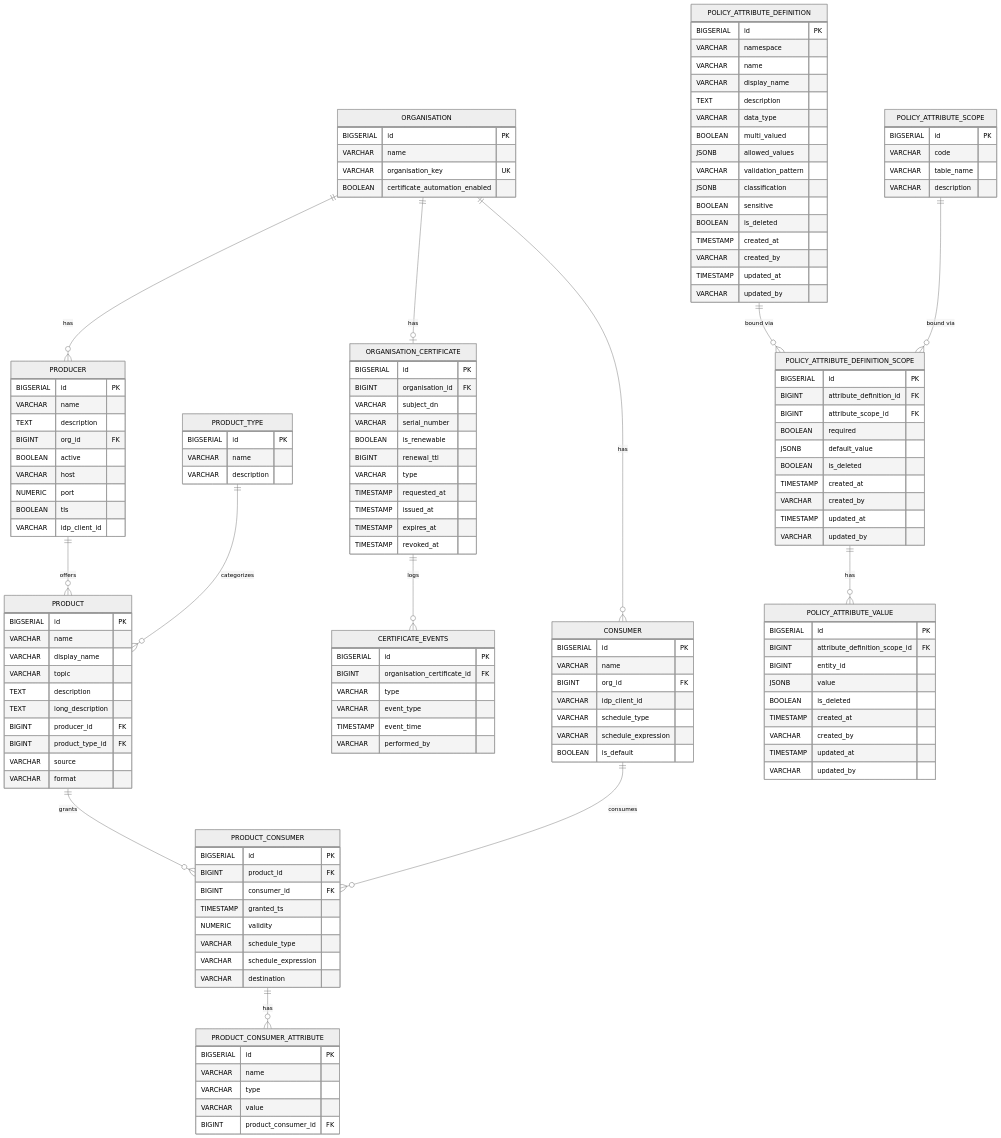
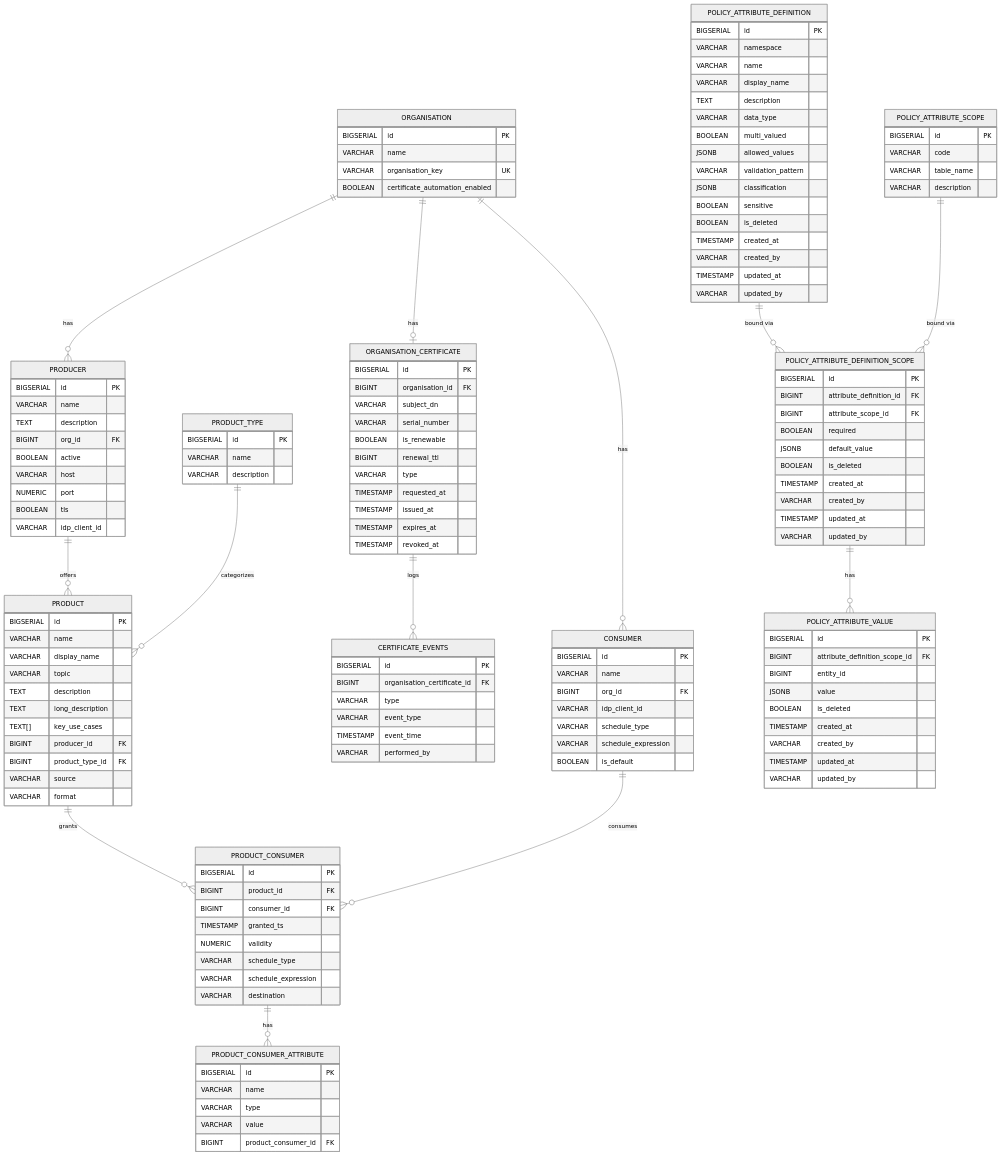
Before and after one commit to National-Node-Net/management-node: the diagram in docs/DATABASE_SCHEMA.md, drawn with Mermaid (neutral theme). The commit also changed other lines of this file and 18 other files, not shown here.

Commit message:
feat(dpav-3419): add key use cases to the product view

```diff
--- a/docs/DATABASE_SCHEMA.md
+++ b/docs/DATABASE_SCHEMA.md
@@ -82,6 +82,7 @@
     VARCHAR topic
     TEXT description
     TEXT long_description
+    TEXT[] key_use_cases
     BIGINT producer_id FK
     BIGINT product_type_id FK
     VARCHAR source
```
